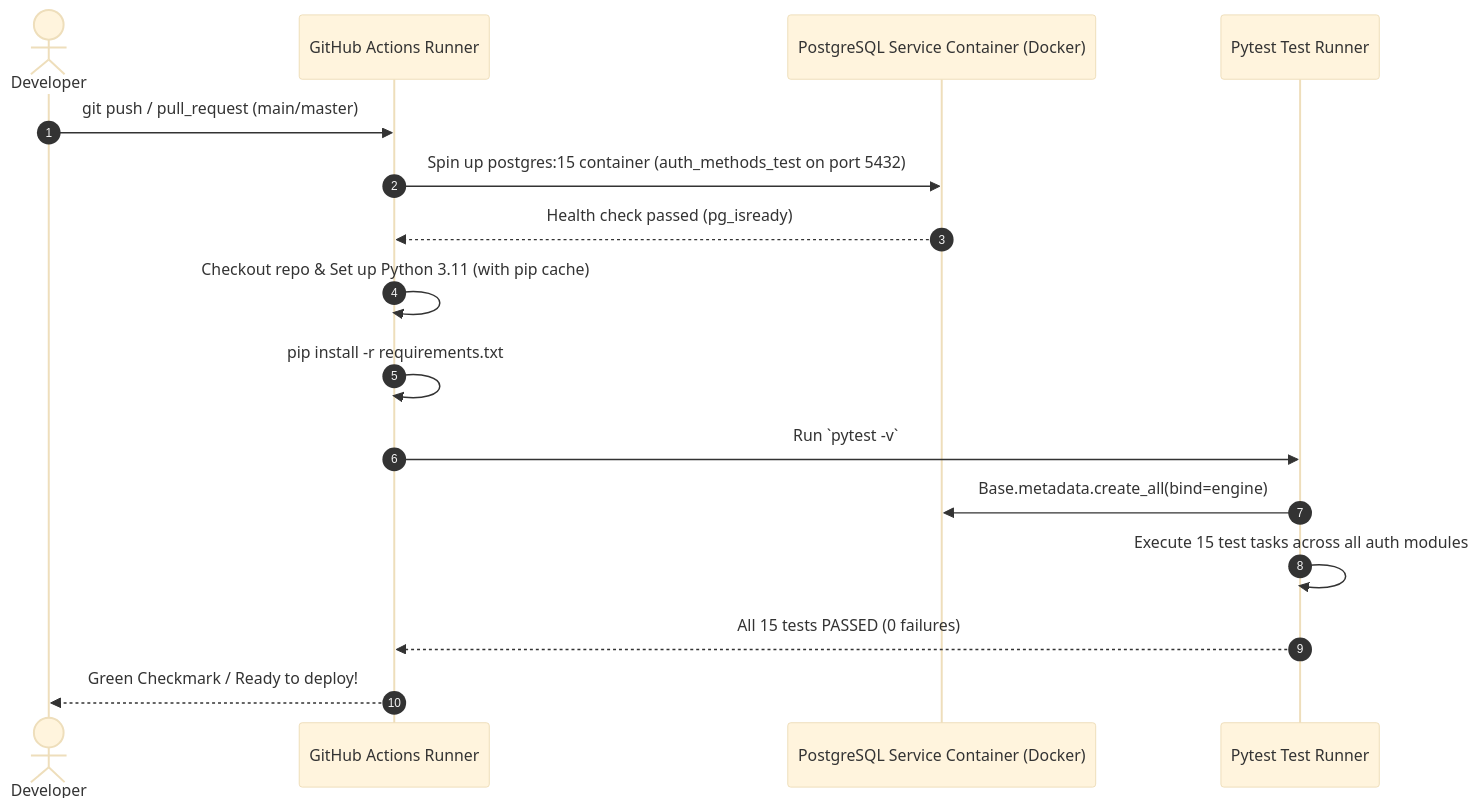
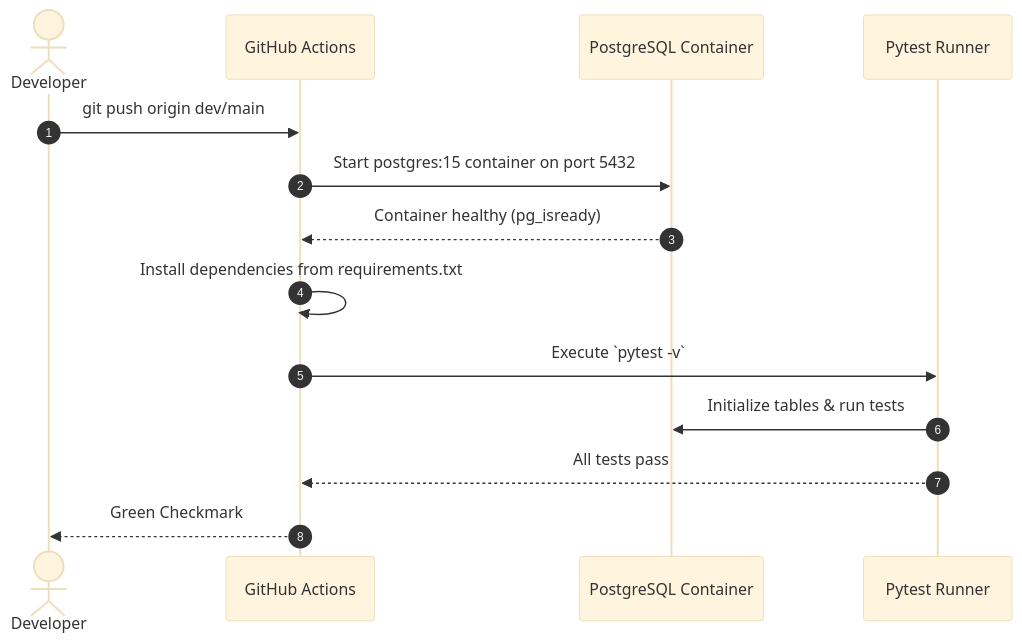
Before and after one commit to harish-AK/fastapi-authentican-methods: the fourth of 4 diagrams in Authentication app.md, drawn with Mermaid (base theme). The commit also changed other lines of this file, not shown here.

````diff
--- a/Authentication app.md
+++ b/Authentication app.md
@@ -2049,19 +497,17 @@
 ```mermaid
 sequenceDiagram
     autonumber
     actor Dev as Developer
-    participant Git as GitHub Actions Runner
-    participant PG as PostgreSQL Service Container (Docker)
-    participant Py as Pytest Test Runner
+    participant Git as GitHub Actions
+    participant Docker as PostgreSQL Container
+    participant Py as Pytest Runner
 
-    Dev->>Git: git push / pull_request (main/master)
-    Git->>PG: Spin up postgres:15 container (auth_methods_test on port 5432)
-    PG-->>Git: Health check passed (pg_isready)
-    Git->>Git: Checkout repo & Set up Python 3.11 (with pip cache)
-    Git->>Git: pip install -r requirements.txt
-    Git->>Py: Run `pytest -v`
-    Py->>PG: Base.metadata.create_all(bind=engine)
-    Py->>Py: Execute 15 test tasks across all auth modules
-    Py-->>Git: All 15 tests PASSED (0 failures)
-    Git-->>Dev: Green Checkmark / Ready to deploy!
+    Dev->>Git: git push origin dev/main
+    Git->>Docker: Start postgres:15 container on port 5432
+    Docker-->>Git: Container healthy (pg_isready)
+    Git->>Git: Install dependencies from requirements.txt
+    Git->>Py: Execute `pytest -v`
+    Py->>Docker: Initialize tables & run tests
+    Py-->>Git: All tests pass
+    Git-->>Dev: Green Checkmark
 ```
````
